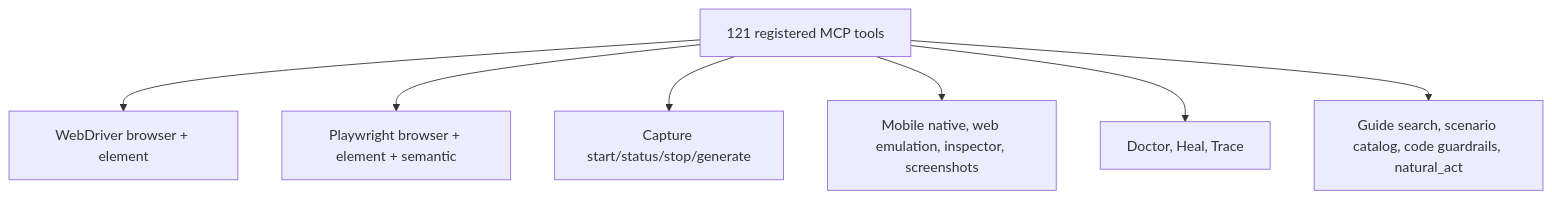
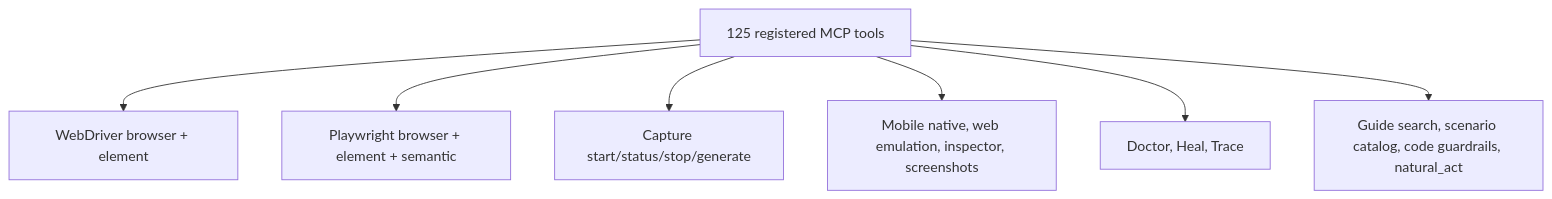
The fourth of 4 diagrams in modular-era-feature-catalog.md (ShaftHQ/SHAFT_ENGINE), drawn with Mermaid before and after one commit. The commit also changed other lines of this file and 7 other files, not shown here.

````diff
--- a/modular-era-feature-catalog.md
+++ b/modular-era-feature-catalog.md
@@ -503,9 +521,9 @@
 ```mermaid
 flowchart TB
-    A[121 registered MCP tools] --> B[WebDriver browser + element]
+    A[125 registered MCP tools] --> B[WebDriver browser + element]
     A --> C[Playwright browser + element + semantic]
     A --> D[Capture start/status/stop/generate]
     A --> E[Mobile native, web emulation, inspector, screenshots]
     A --> F[Doctor, Heal, Trace]
     A --> G[Guide search, scenario catalog, code guardrails, natural_act]
 ```
````
